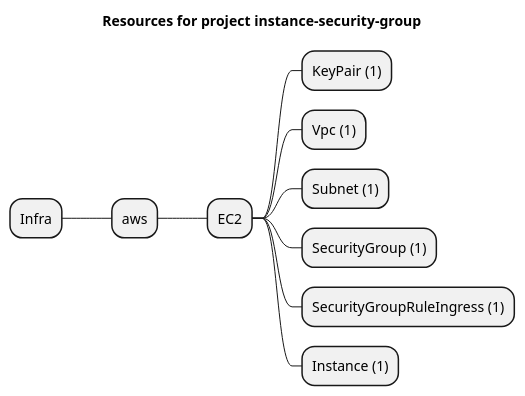
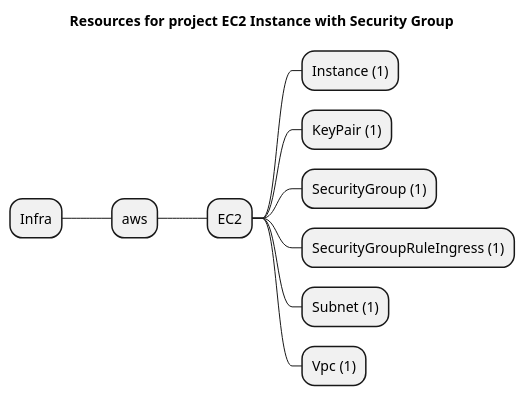
One commit to grucloud/grucloud changed the diagram in examples/aws/EC2/Instance/instance-security-group/artifacts/resources-mindmap.puml. Above: the diagram before and after it, drawn with PlantUML. The commit also changed 7 other files, not shown here.

```diff
--- a/examples/aws/EC2/Instance/instance-security-group/artifacts/resources-mindmap.puml
+++ b/examples/aws/EC2/Instance/instance-security-group/artifacts/resources-mindmap.puml
@@ -1,13 +1,13 @@
 @startmindmap
-title Resources for project instance-security-group
+title Resources for project EC2 Instance with Security Group
 skinparam monochrome true
 + Infra
 ++ aws
 +++ EC2
+++++ Instance (1)
 ++++ KeyPair (1)
-++++ Vpc (1)
-++++ Subnet (1)
 ++++ SecurityGroup (1)
 ++++ SecurityGroupRuleIngress (1)
-++++ Instance (1)
+++++ Subnet (1)
+++++ Vpc (1)
 @endmindmap
```
